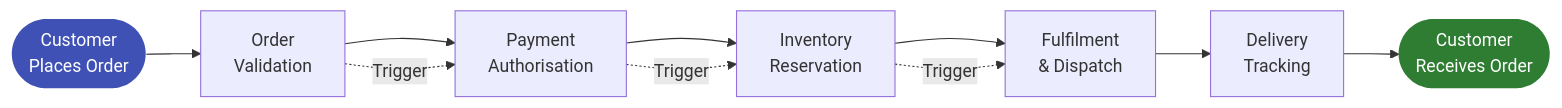
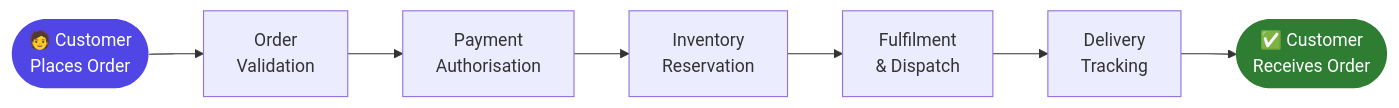
The fourth of 6 diagrams in docs/knowledge/adm/business-architecture.md (Yuvarajsfcloud/Knowledge-Library), drawn with Mermaid before and after one commit. The commit also changed other lines of this file, not shown here.

Commit message:
Phase B: full Bloom uplift — tools table (pros/cons/cost/link), Decision Frameworks, Synthesis exercise, source attributions on all visuals, developer transition callouts, Credible Sources section, TOGAF Step 9 sequence corrected

````diff
--- a/docs/knowledge/adm/business-architecture.md
+++ b/docs/knowledge/adm/business-architecture.md
@@ -108,16 +157,12 @@
 ``` mermaid
 flowchart LR
-    A([Customer\nPlaces Order]) --> B[Order\nValidation]
+    A([🧑 Customer\nPlaces Order]) --> B[Order\nValidation]
     B --> C[Payment\nAuthorisation]
     C --> D[Inventory\nReservation]
     D --> E[Fulfilment\n& Dispatch]
     E --> F[Delivery\nTracking]
-    F --> G([Customer\nReceives Order])
+    F --> G([✅ Customer\nReceives Order])
 
-    B -.->|Trigger| C
-    C -.->|Trigger| D
-    D -.->|Trigger| E
-
-    style A fill:#4051b5,color:#fff,stroke:none
+    style A fill:#4F46E5,color:#fff,stroke:none
     style G fill:#2e7d32,color:#fff,stroke:none
 ```
````
